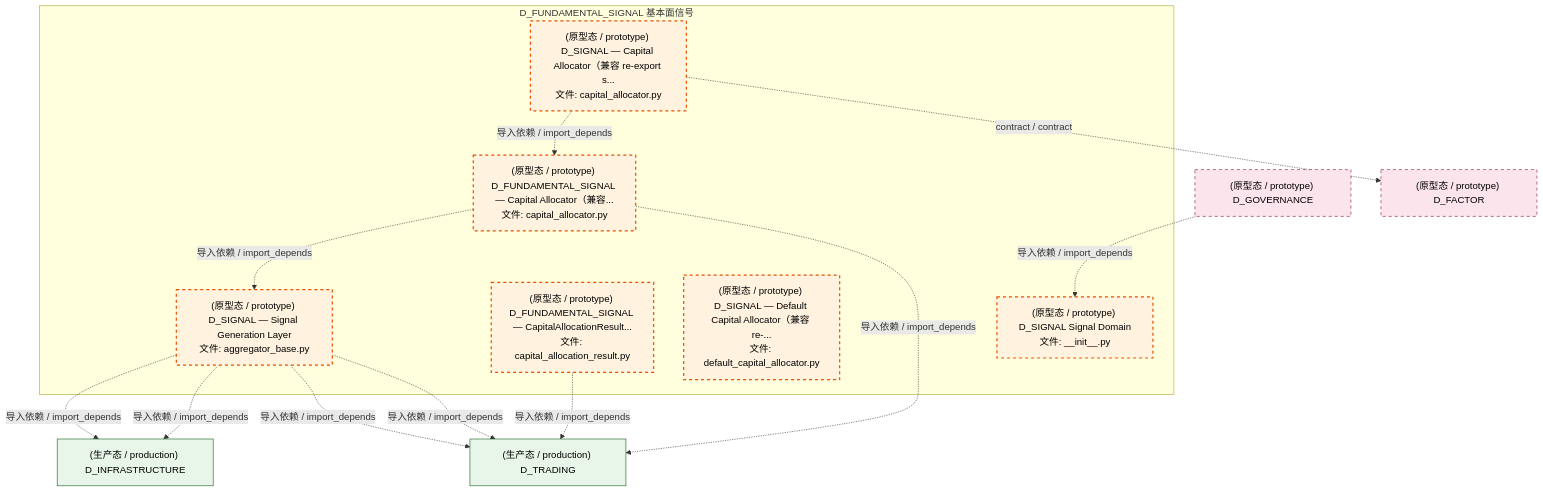
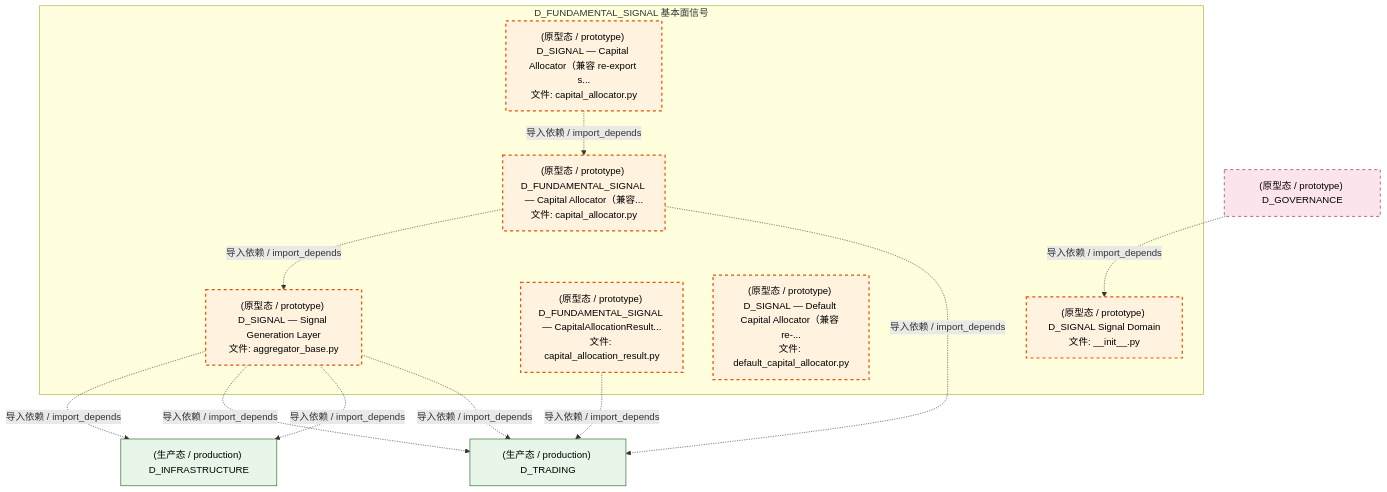
Before and after one commit to xuanFelixVan/ZephyrAlpha: the third of 4 diagrams in docs/02_enterprise_architecture/02_domain_architecture_docs/37_d_fundamental_signal.md, drawn with Mermaid. The commit also changed other lines of this file and 101 other files, not shown here.

````diff
--- a/docs/02_enterprise_architecture/02_domain_architecture_docs/37_d_fundamental_signal.md
+++ b/docs/02_enterprise_architecture/02_domain_architecture_docs/37_d_fundamental_signal.md
@@ -170,32 +172,30 @@
 ```mermaid
 graph TD
     subgraph D_FUNDAMENTAL_SIGNAL["D_FUNDAMENTAL_SIGNAL 基本面信号"]
         src_zephyr_signal_fundamental_init_py["(原型态 / prototype) D_SIGNAL Signal Domain<br/>文件: __init__.py"]
         src_zephyr_signal_fundamental_capital_capital_allocation_result_py["(原型态 / prototype) D_FUNDAMENTAL_SIGNAL — CapitalAllocationResult...<br/>文件: capital_allocation_result.py"]
         src_zephyr_signal_fundamental_capital_capital_allocator_py["(原型态 / prototype) D_SIGNAL — Capital Allocator（兼容 re-export s...<br/>文件: capital_allocator.py"]
         src_zephyr_signal_fundamental_capital_default_capital_allocator_py["(原型态 / prototype) D_SIGNAL — Default Capital Allocator（兼容 re-...<br/>文件: default_capital_allocator.py"]
         src_zephyr_signal_fundamental_gen_aggregator_base_py["(原型态 / prototype) D_SIGNAL — Signal Generation Layer<br/>文件: aggregator_base.py"]
         src_zephyr_signal_fundamental_strategy_capital_allocator_py["(原型态 / prototype) D_FUNDAMENTAL_SIGNAL — Capital Allocator（兼容...<br/>文件: capital_allocator.py"]
     end
     src_zephyr_signal_fundamental_capital_capital_allocator_py -.->|导入依赖 / import_depends| src_zephyr_signal_fundamental_strategy_capital_allocator_py
     src_zephyr_signal_fundamental_strategy_capital_allocator_py -.->|导入依赖 / import_depends| src_zephyr_signal_fundamental_gen_aggregator_base_py
-    D_FACTOR["(原型态 / prototype) D_FACTOR"]
-    src_zephyr_signal_fundamental_capital_capital_allocator_py -.->|contract / contract| D_FACTOR
     D_TRADING["(生产态 / production) D_TRADING"]
     src_zephyr_signal_fundamental_capital_capital_allocation_result_py -.->|导入依赖 / import_depends| D_TRADING
     D_INFRASTRUCTURE["(生产态 / production) D_INFRASTRUCTURE"]
     src_zephyr_signal_fundamental_gen_aggregator_base_py -.->|导入依赖 / import_depends| D_INFRASTRUCTURE
+    src_zephyr_signal_fundamental_gen_aggregator_base_py -.->|导入依赖 / import_depends| D_TRADING
     src_zephyr_signal_fundamental_gen_aggregator_base_py -.->|导入依赖 / import_depends| D_INFRASTRUCTURE
-    src_zephyr_signal_fundamental_gen_aggregator_base_py -.->|导入依赖 / import_depends| D_TRADING
     src_zephyr_signal_fundamental_gen_aggregator_base_py -.->|导入依赖 / import_depends| D_TRADING
     src_zephyr_signal_fundamental_strategy_capital_allocator_py -.->|导入依赖 / import_depends| D_TRADING
     D_GOVERNANCE["(原型态 / prototype) D_GOVERNANCE"]
     D_GOVERNANCE -.->|导入依赖 / import_depends| src_zephyr_signal_fundamental_init_py
     classDef production fill:#e1f5fe,stroke:#01579b,stroke-width:2px,color:#000
     classDef design fill:#fff3e0,stroke:#e65100,stroke-width:2px,color:#000,stroke-dasharray: 5 5
     classDef external_prod fill:#e8f5e9,stroke:#1b5e20,stroke-width:1px,color:#000
     classDef external_design fill:#fce4ec,stroke:#880e4f,stroke-width:1px,color:#000,stroke-dasharray: 5 5
     class src_zephyr_signal_fundamental_init_py,src_zephyr_signal_fundamental_capital_capital_allocation_result_py,src_zephyr_signal_fundamental_capital_capital_allocator_py,src_zephyr_signal_fundamental_capital_default_capital_allocator_py,src_zephyr_signal_fundamental_gen_aggregator_base_py,src_zephyr_signal_fundamental_strategy_capital_allocator_py design
     class D_TRADING,D_INFRASTRUCTURE external_prod
-    class D_FACTOR,D_GOVERNANCE external_design
+    class D_GOVERNANCE external_design
 ```
````
